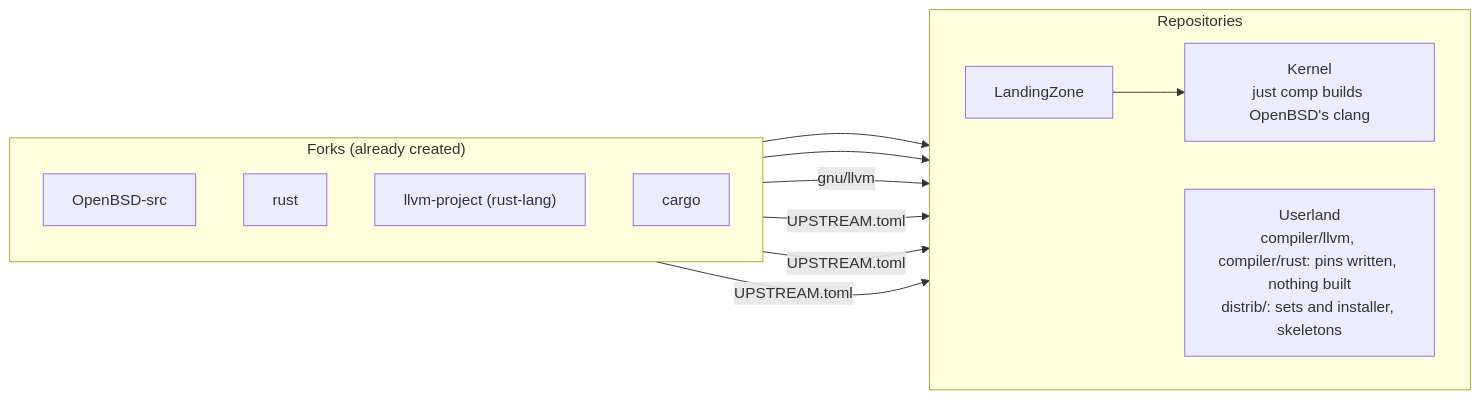
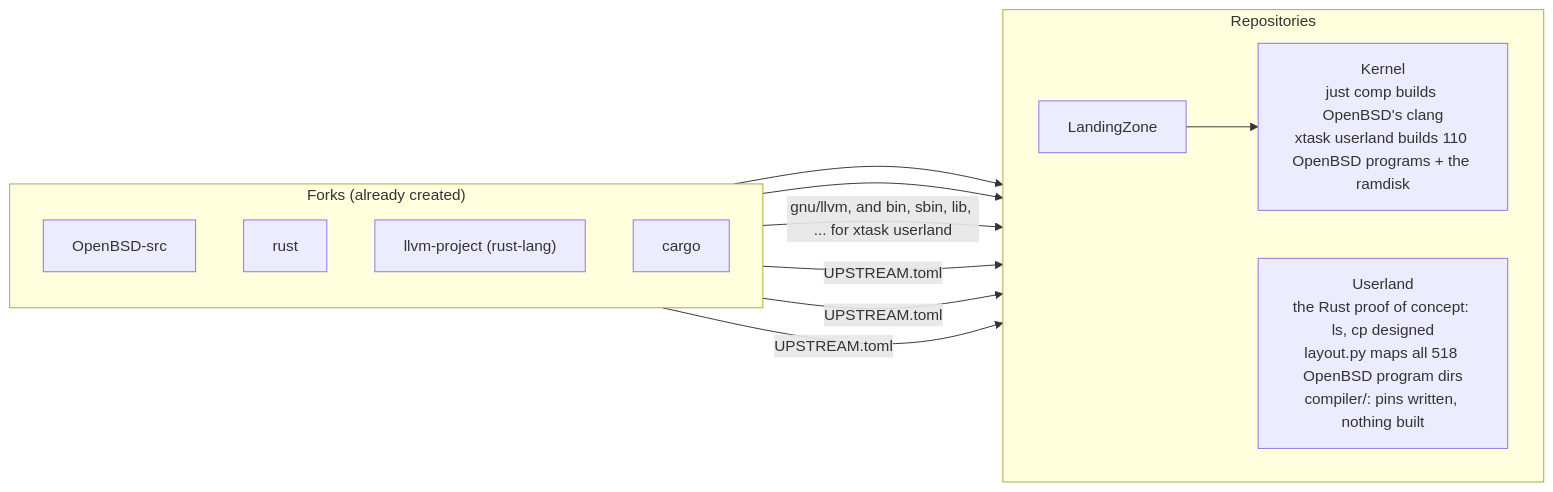
Before and after one commit to EmiBSD/Governance: the second of 3 diagrams in docs/architecture.md, drawn with Mermaid. The commit also changed other lines of this file and 5 other files, not shown here.

First line of the commit message:
decisions: propose G-0013, Userland inherits OpenBSD's C in our layout

````diff
--- a/docs/architecture.md
+++ b/docs/architecture.md
@@ -66,25 +71,25 @@
 ```mermaid
 flowchart LR
     subgraph forks["Forks (already created)"]
         direction TB
         obsd["OpenBSD-src"]
         rust["rust"]
         llvmrs["llvm-project (rust-lang)"]
         cargo["cargo"]
     end
 
     subgraph repos["Repositories"]
         direction LR
         lz["LandingZone"]
-        k["Kernel<br/>just comp builds OpenBSD's clang"]
-        ul["Userland<br/>compiler/llvm, compiler/rust: pins written, nothing built<br/>distrib/: sets and installer, skeletons"]
+        k["Kernel<br/>just comp builds OpenBSD's clang<br/>xtask userland builds 110 OpenBSD programs + the ramdisk"]
+        ul["Userland<br/>the Rust proof of concept: ls, cp designed<br/>layout.py maps all 518 OpenBSD program dirs<br/>compiler/: pins written, nothing built"]
     end
 
     obsd --> lz
     obsd --> ul
-    obsd -- "gnu/llvm" --> k
+    obsd -- "gnu/llvm, and bin, sbin, lib, ... for xtask userland" --> k
     rust -- "UPSTREAM.toml" --> ul
     llvmrs -- "UPSTREAM.toml" --> ul
     cargo -- "UPSTREAM.toml" --> ul
     lz --> k
 ```
````
